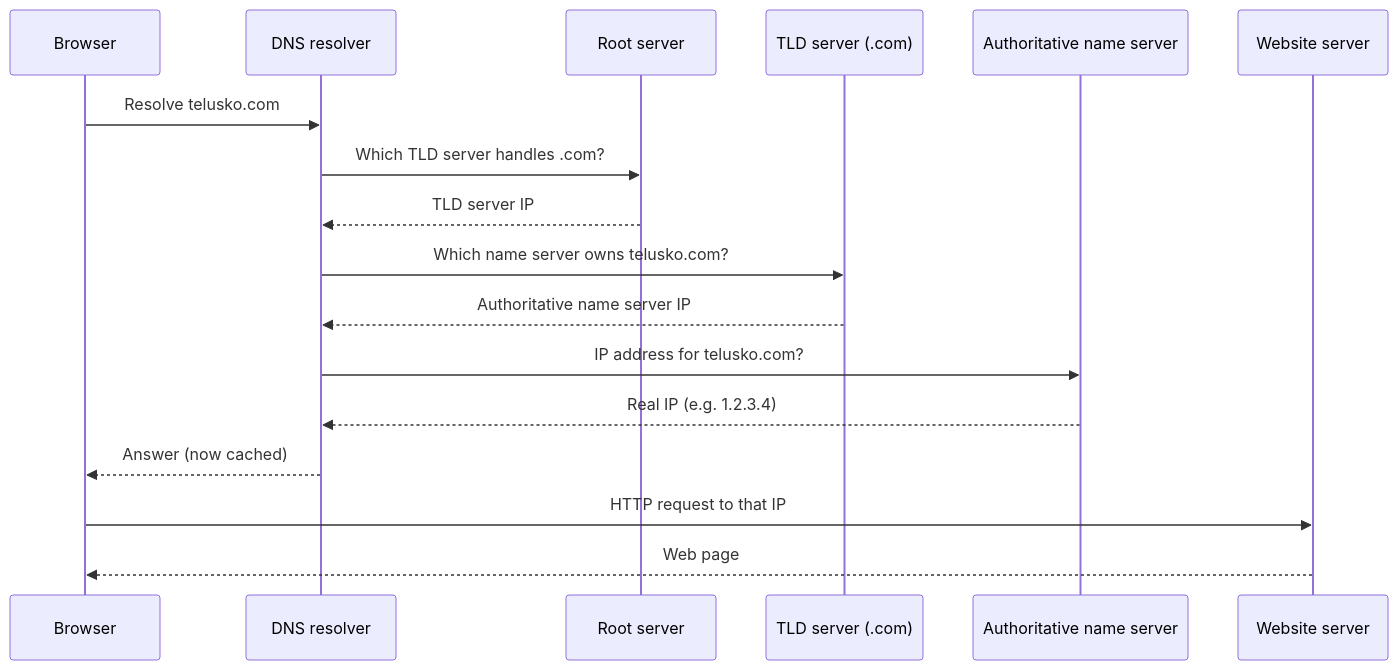
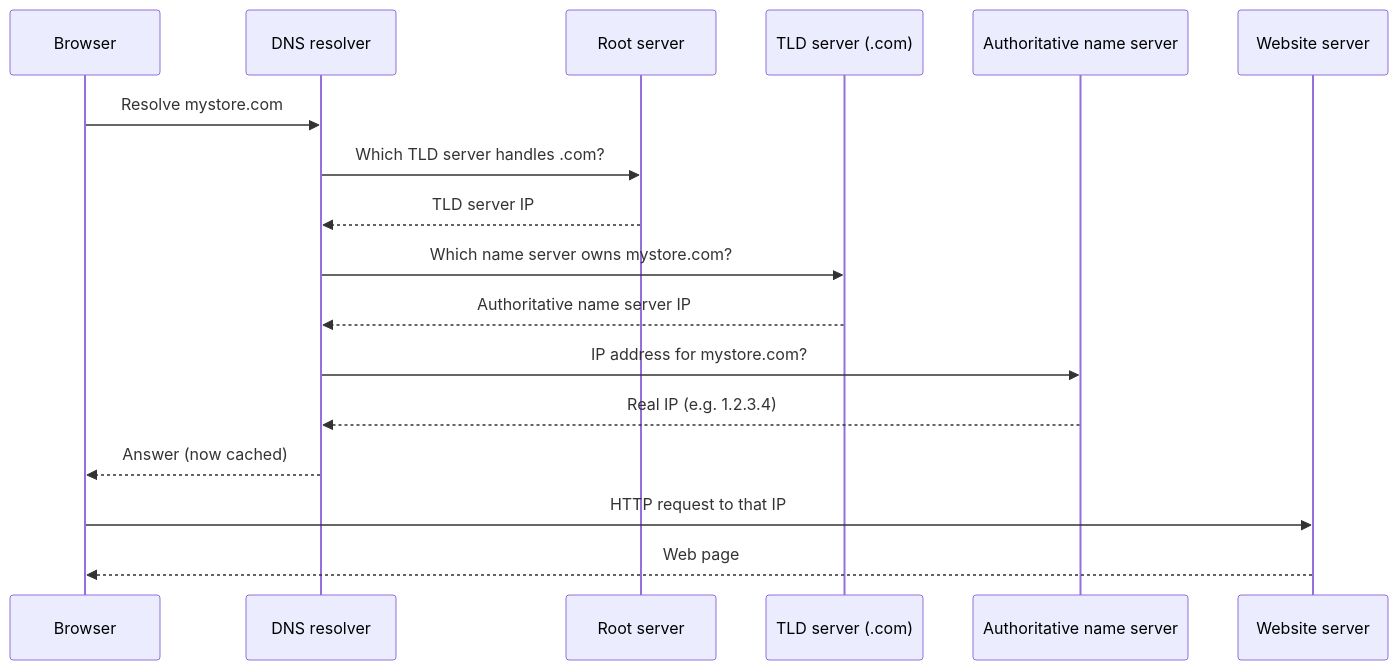
The first of 2 diagrams in notes/04-dns.md (indrajeet4192/system-design-notes), drawn with Mermaid before and after one commit. The commit also changed other lines of this file and 17 other files, not shown here.

````diff
--- a/notes/04-dns.md
+++ b/notes/04-dns.md
@@ -52,20 +52,19 @@
 ```mermaid
 sequenceDiagram
     participant B as Browser
     participant R as DNS resolver
     participant Root as Root server
     participant TLD as TLD server (.com)
     participant Auth as Authoritative name server
     participant Site as Website server
-
-    B->>R: Resolve telusko.com
+    B->>R: Resolve mystore.com
     R->>Root: Which TLD server handles .com?
     Root-->>R: TLD server IP
-    R->>TLD: Which name server owns telusko.com?
+    R->>TLD: Which name server owns mystore.com?
     TLD-->>R: Authoritative name server IP
-    R->>Auth: IP address for telusko.com?
+    R->>Auth: IP address for mystore.com?
     Auth-->>R: Real IP (e.g. 1.2.3.4)
     R-->>B: Answer (now cached)
     B->>Site: HTTP request to that IP
     Site-->>B: Web page
 ```
````
